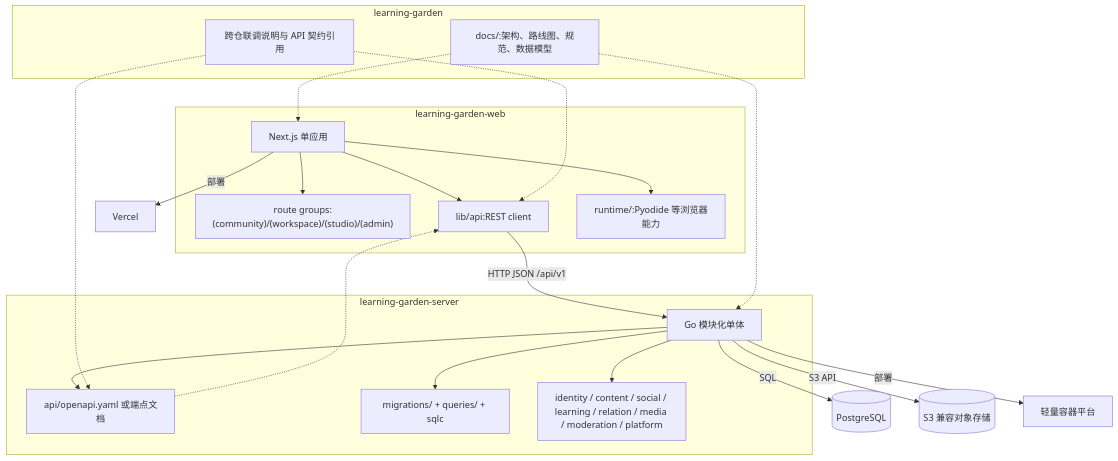
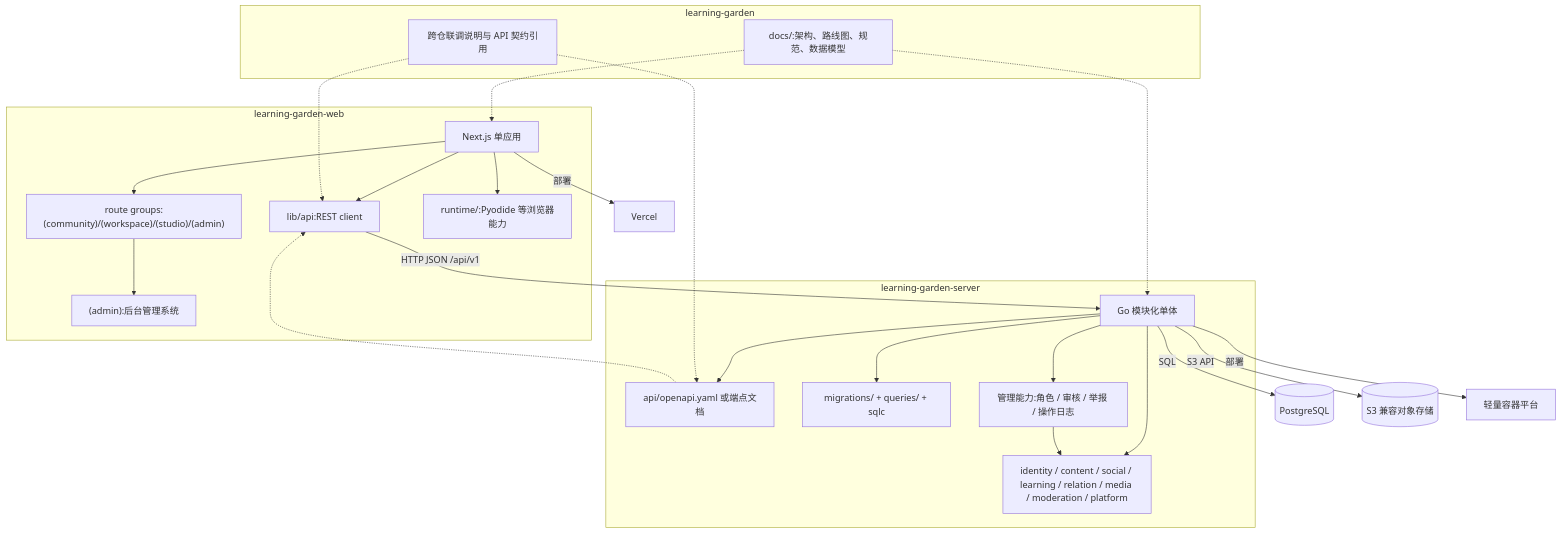
One commit to Telran26512/learning-garden changed the first of 2 diagrams in docs/01-architecture.md. Above: the diagram before and after it, drawn with Mermaid. The commit also changed other lines of this file and 7 other files, not shown here.

````diff
--- a/docs/01-architecture.md
+++ b/docs/01-architecture.md
@@ -37,39 +39,44 @@
 ```mermaid
 flowchart TB
     subgraph DocsRepo["learning-garden"]
         Docs["docs/:架构、路线图、规范、数据模型"]
         Setup["跨仓联调说明与 API 契约引用"]
     end
 
     subgraph WebRepo["learning-garden-web"]
         Web["Next.js 单应用"]
         Routes["route groups:(community)/(workspace)/(studio)/(admin)"]
+        AdminUI["(admin):后台管理系统"]
         ApiClient["lib/api:REST client"]
         Runtime["runtime/:Pyodide 等浏览器能力"]
         Web --> Routes
+        Routes --> AdminUI
         Web --> ApiClient
         Web --> Runtime
     end
 
     subgraph ApiRepo["learning-garden-server"]
         Api["Go 模块化单体"]
         Contract["api/openapi.yaml 或端点文档"]
         Migrations["migrations/ + queries/ + sqlc"]
         Modules["identity / content / social / learning / relation / media / moderation / platform"]
+        AdminServices["管理能力:角色 / 审核 / 举报 / 操作日志"]
         Api --> Modules
+        Api --> AdminServices
+        AdminServices --> Modules
         Api --> Contract
         Api --> Migrations
     end
 
     ApiClient -->|"HTTP JSON /api/v1"| Api
     Contract -.-> ApiClient
     Docs -.-> Web
     Docs -.-> Api
     Setup -.-> ApiClient
     Setup -.-> Contract
 
     Api -->|"SQL"| Postgres[("PostgreSQL")]
     Api -->|"S3 API"| ObjectStorage[("S3 兼容对象存储")]
     Web -->|"部署"| Vercel["Vercel"]
     Api -->|"部署"| Container["轻量容器平台"]
 ```
````
